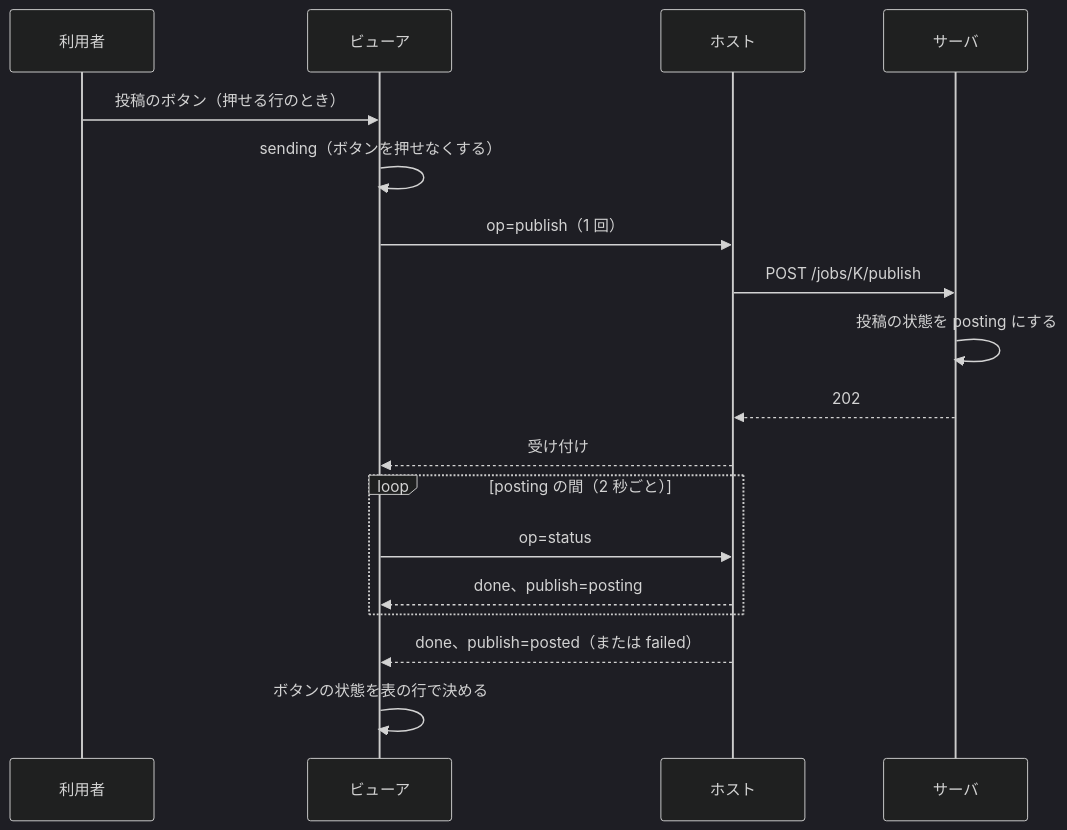
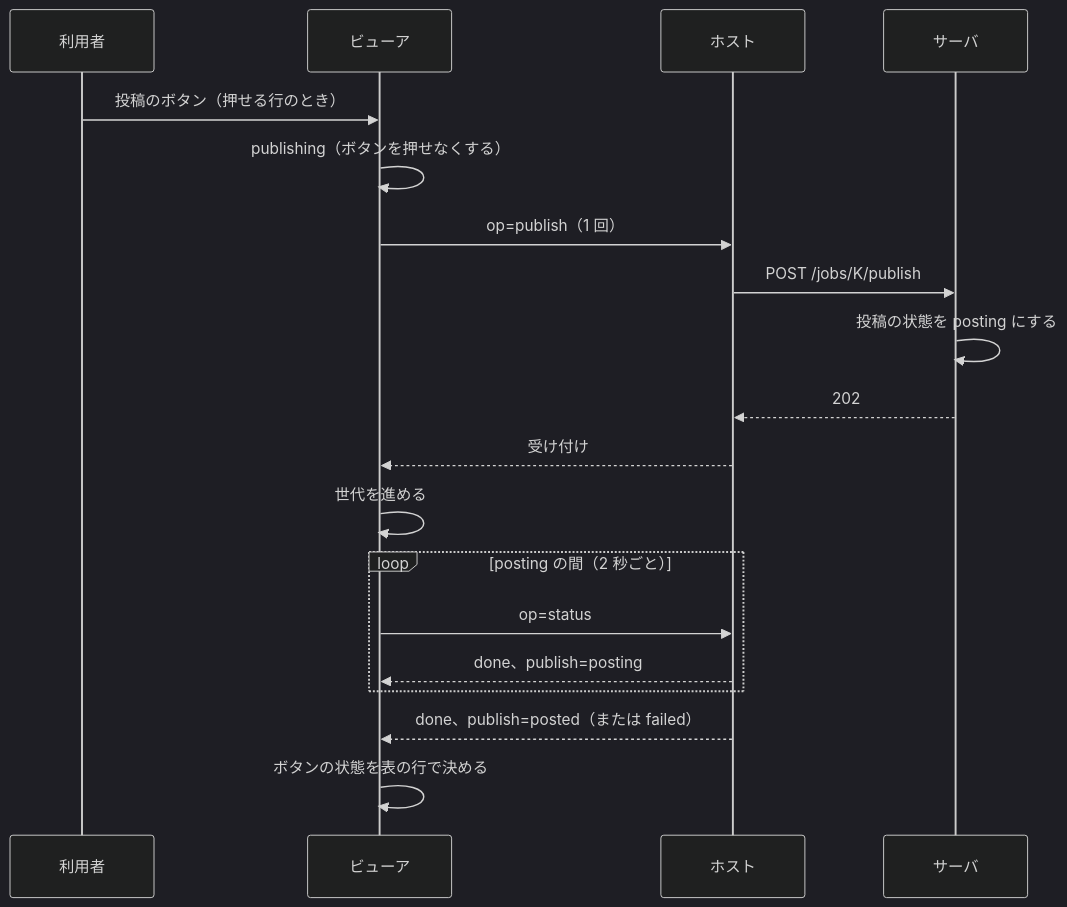
The tenth of 11 diagrams in docs/tasks/0050_viewer_tab/02_architecture.md (isseis/yt2column), drawn with Mermaid (dark theme) before and after one commit. The commit also changed other lines of this file, not shown here.

First line of the commit message:
docs(0050): address the architecture review and polish the Japanese

````diff
--- a/docs/tasks/0050_viewer_tab/02_architecture.md
+++ b/docs/tasks/0050_viewer_tab/02_architecture.md
@@ -1152,21 +1684,22 @@
 ```mermaid
 sequenceDiagram
     participant U as 利用者
     participant V as ビューア
     participant H as ホスト
     participant Srv as サーバ
 
     U->>V: 投稿のボタン（押せる行のとき）
-    V->>V: sending（ボタンを押せなくする）
+    V->>V: publishing（ボタンを押せなくする）
     V->>H: op=publish（1 回）
     H->>Srv: POST /jobs/K/publish
     Srv->>Srv: 投稿の状態を posting にする
     Srv-->>H: 202
     H-->>V: 受け付け
+    V->>V: 世代を進める
     loop posting の間（2 秒ごと）
         V->>H: op=status
         H-->>V: done、publish=posting
     end
     H-->>V: done、publish=posted（または failed）
     V->>V: ボタンの状態を表の行で決める
 ```
````
